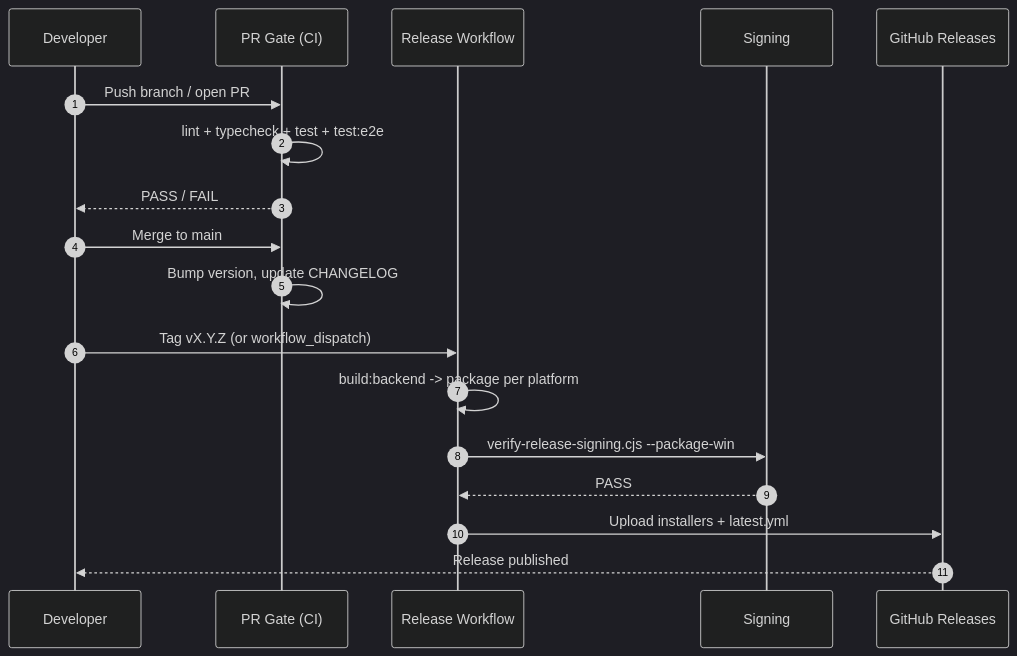
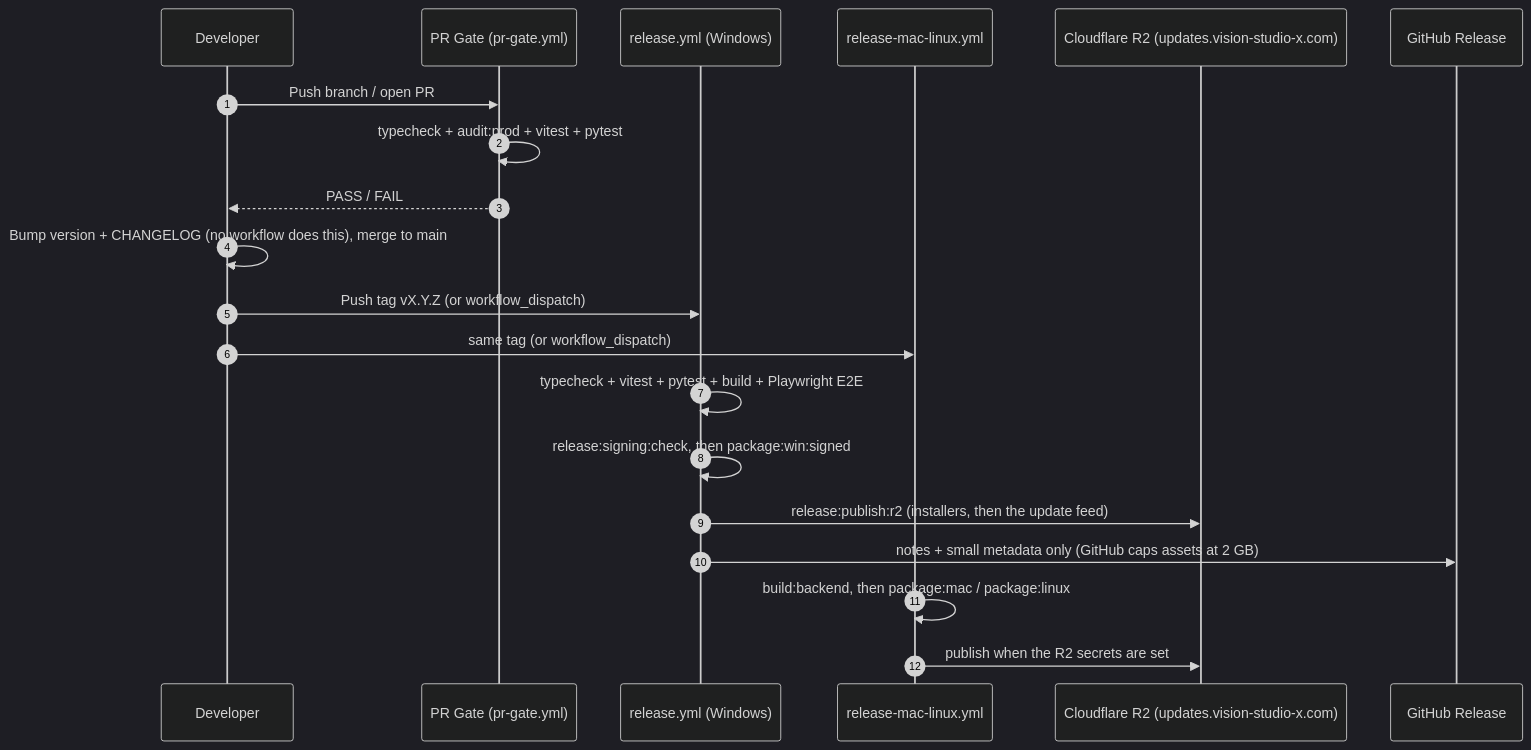
The tenth of 11 diagrams in docs/diagrams/diagrams.md (Git-Rocky-Stack/vision-studio), drawn with Mermaid (dark theme) before and after one commit. The commit also changed other lines of this file and 9 other files, not shown here.

````diff
--- a/docs/diagrams/diagrams.md
+++ b/docs/diagrams/diagrams.md
@@ -268,20 +267,22 @@
 ```mermaid
 sequenceDiagram
     autonumber
     participant Dev as Developer
-    participant CI as PR Gate (CI)
-    participant Rel as Release Workflow
-    participant Sign as Signing
-    participant CDN as GitHub Releases
+    participant CI as PR Gate (pr-gate.yml)
+    participant Rel as release.yml (Windows)
+    participant RML as release-mac-linux.yml
+    participant R2 as Cloudflare R2 (updates.vision-studio-x.com)
+    participant GH as GitHub Release
     Dev->>CI: Push branch / open PR
-    CI->>CI: lint + typecheck + test + test:e2e
+    CI->>CI: typecheck + audit:prod + vitest + pytest
     CI-->>Dev: PASS / FAIL
-    Dev->>CI: Merge to main
-    CI->>CI: Bump version, update CHANGELOG
-    Dev->>Rel: Tag vX.Y.Z (or workflow_dispatch)
-    Rel->>Rel: build:backend -> package per platform
-    Rel->>Sign: verify-release-signing.cjs --package-win
-    Sign-->>Rel: PASS
-    Rel->>CDN: Upload installers + latest.yml
-    CDN-->>Dev: Release published
+    Dev->>Dev: Bump version + CHANGELOG (no workflow does this), merge to main
+    Dev->>Rel: Push tag vX.Y.Z (or workflow_dispatch)
+    Dev->>RML: same tag (or workflow_dispatch)
+    Rel->>Rel: typecheck + vitest + pytest + build + Playwright E2E
+    Rel->>Rel: release:signing:check, then package:win:signed
+    Rel->>R2: release:publish:r2 (installers, then the update feed)
+    Rel->>GH: notes + small metadata only (GitHub caps assets at 2 GB)
+    RML->>RML: build:backend, then package:mac / package:linux
+    RML->>R2: publish when the R2 secrets are set
 ```
````
